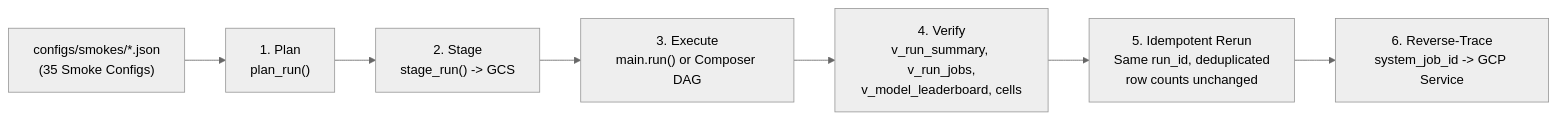
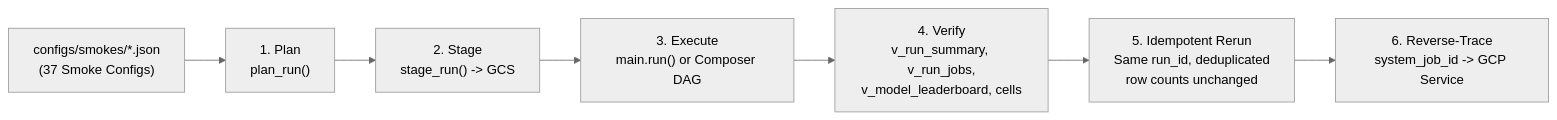
One commit to statmike/scale-forecasting changed the diagram in docs/smoke_testing.md. Above: the diagram before and after it, drawn with Mermaid (neutral theme). The commit also changed other lines of this file and 9 other files, not shown here.

````diff
--- a/docs/smoke_testing.md
+++ b/docs/smoke_testing.md
@@ -10,9 +10,9 @@
 ```mermaid
 flowchart LR
-    Cfg["configs/smokes/*.json\n(35 Smoke Configs)"] --> Dry["1. Plan\nplan_run()"]
+    Cfg["configs/smokes/*.json\n(37 Smoke Configs)"] --> Dry["1. Plan\nplan_run()"]
     Dry --> Stage["2. Stage\nstage_run() -> GCS"]
     Stage --> Run["3. Execute\nmain.run() or Composer DAG"]
     Run --> Verify["4. Verify\nv_run_summary, v_run_jobs,\nv_model_leaderboard, cells"]
     Verify --> Rerun["5. Idempotent Rerun\nSame run_id, deduplicated\nrow counts unchanged"]
     Rerun --> Trace["6. Reverse-Trace\nsystem_job_id -> GCP Service"]
 ```
````
